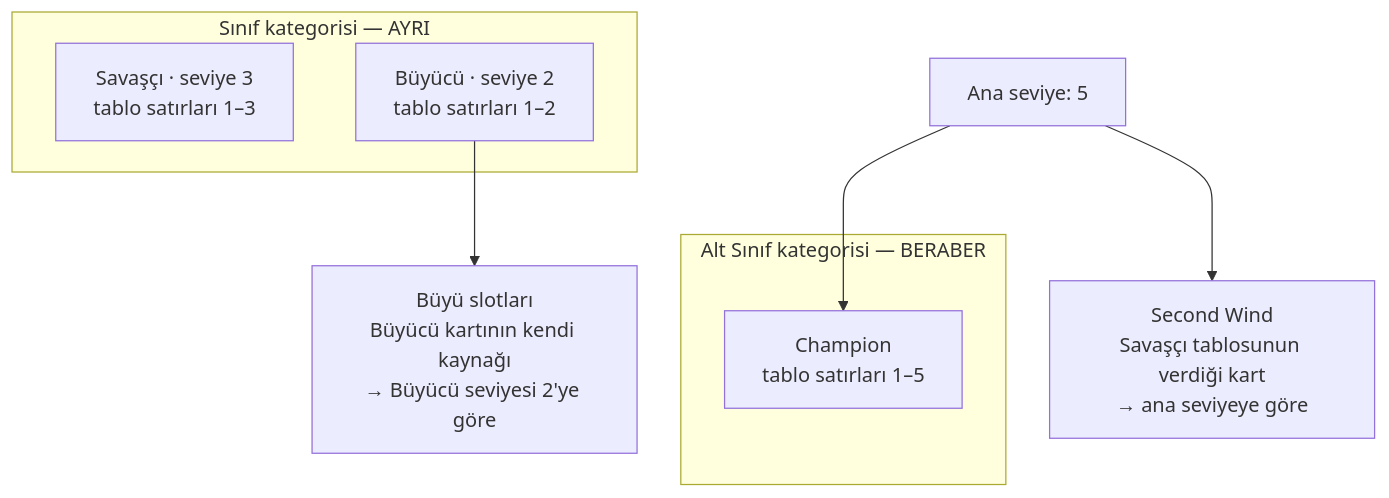
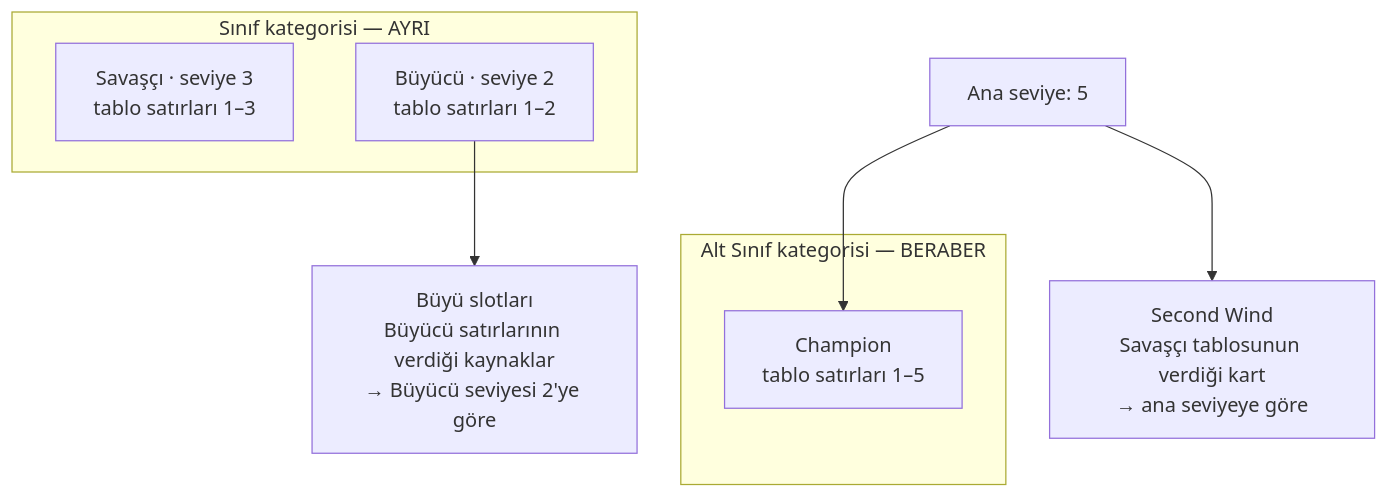
Before and after one commit to elymsyr/dungeon-master-tool: the sixth of 9 diagrams in docs/free-template/DESIGN.md, drawn with Mermaid. The commit also changed other lines of this file and 38 other files, not shown here.

````diff
--- a/docs/free-template/DESIGN.md
+++ b/docs/free-template/DESIGN.md
@@ -740,16 +828,16 @@
 ```mermaid
 flowchart TB
     AS["Ana seviye: 5"]
     subgraph SINIF["Sınıf kategorisi — AYRI"]
         SV["Savaşçı · seviye 3<br/>tablo satırları 1–3"]
         BY["Büyücü · seviye 2<br/>tablo satırları 1–2"]
     end
     subgraph ALT["Alt Sınıf kategorisi — BERABER"]
         CH["Champion<br/>tablo satırları 1–5"]
     end
-    SL["Büyü slotları<br/>Büyücü kartının kendi kaynağı<br/>→ Büyücü seviyesi 2'ye göre"]
+    SL["Büyü slotları<br/>Büyücü satırlarının verdiği kaynaklar<br/>→ Büyücü seviyesi 2'ye göre"]
     SW["Second Wind<br/>Savaşçı tablosunun verdiği kart<br/>→ ana seviyeye göre"]
     AS --> CH
     AS --> SW
     BY --> SL
 ```
````
